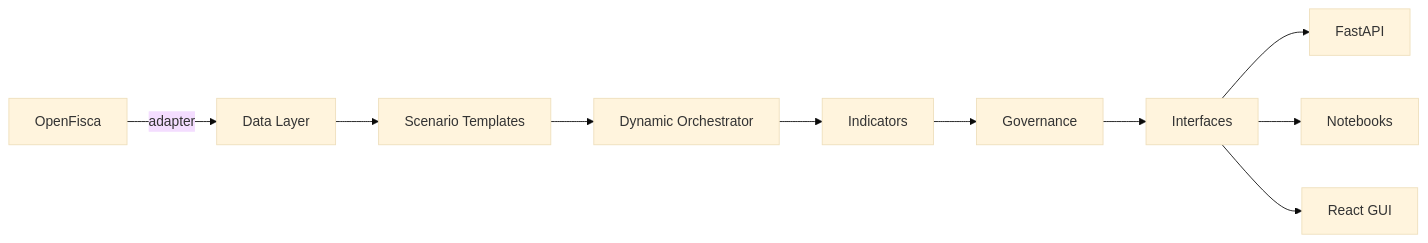
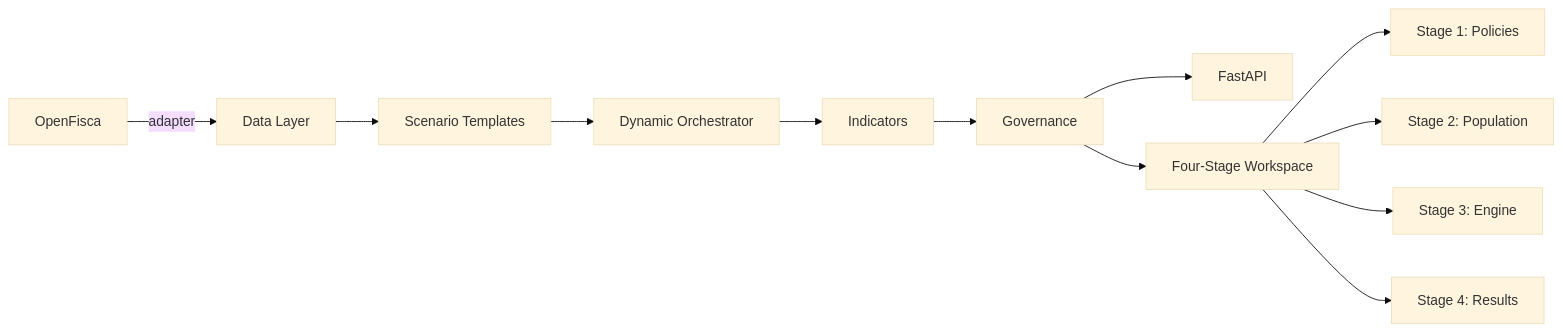
One commit to reformlab/ReformLab changed the diagram in README.md. Above: the diagram before and after it, drawn with Mermaid (base theme). The commit also changed other lines of this file and 15 other files, not shown here.

````diff
--- a/README.md
+++ b/README.md
@@ -34,12 +53,14 @@
 ```mermaid
 graph LR
     OF[OpenFisca] -->|adapter| DL[Data Layer]
     DL --> ST[Scenario Templates]
     ST --> DO[Dynamic Orchestrator]
     DO --> IN[Indicators]
     IN --> GV[Governance]
-    GV --> IF[Interfaces]
-    IF --> API[FastAPI]
-    IF --> NB[Notebooks]
-    IF --> GUI[React GUI]
+    GV --> API[FastAPI]
+    GV --> GUI[Four-Stage Workspace]
+    GUI --> P1[Stage 1: Policies]
+    GUI --> P2[Stage 2: Population]
+    GUI --> P3[Stage 3: Engine]
+    GUI --> P4[Stage 4: Results]
 ```
````
